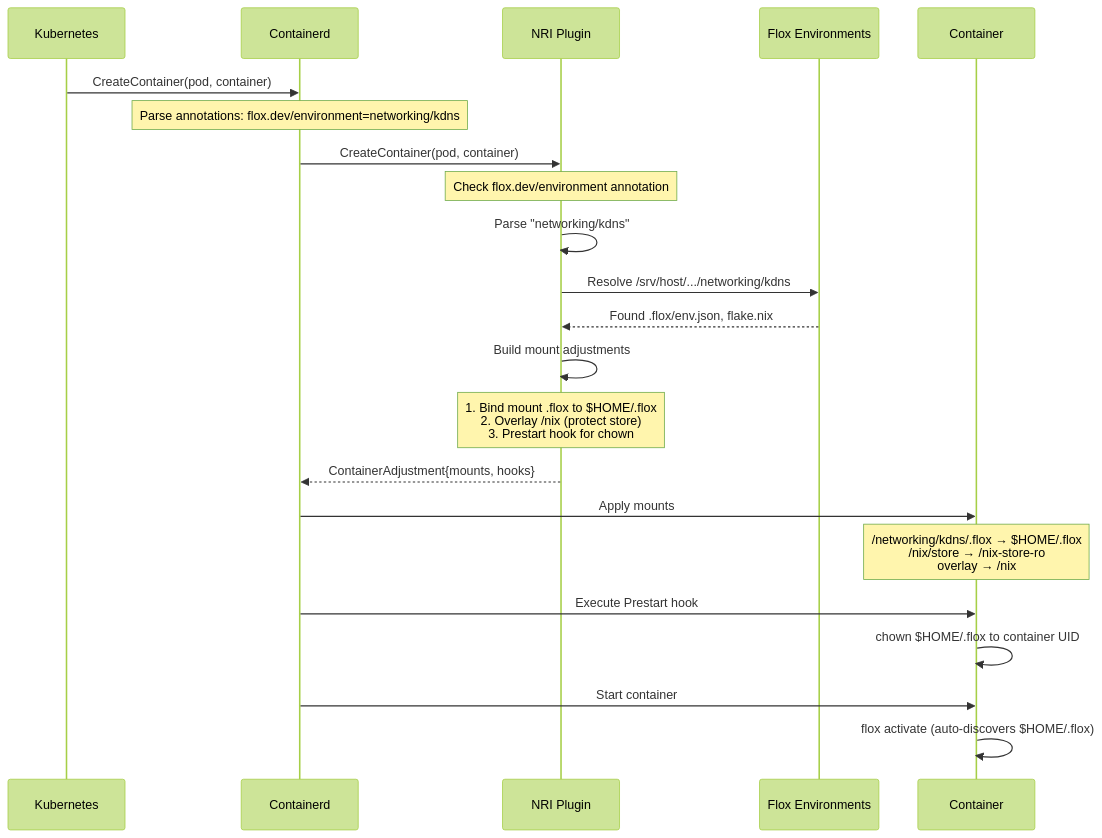
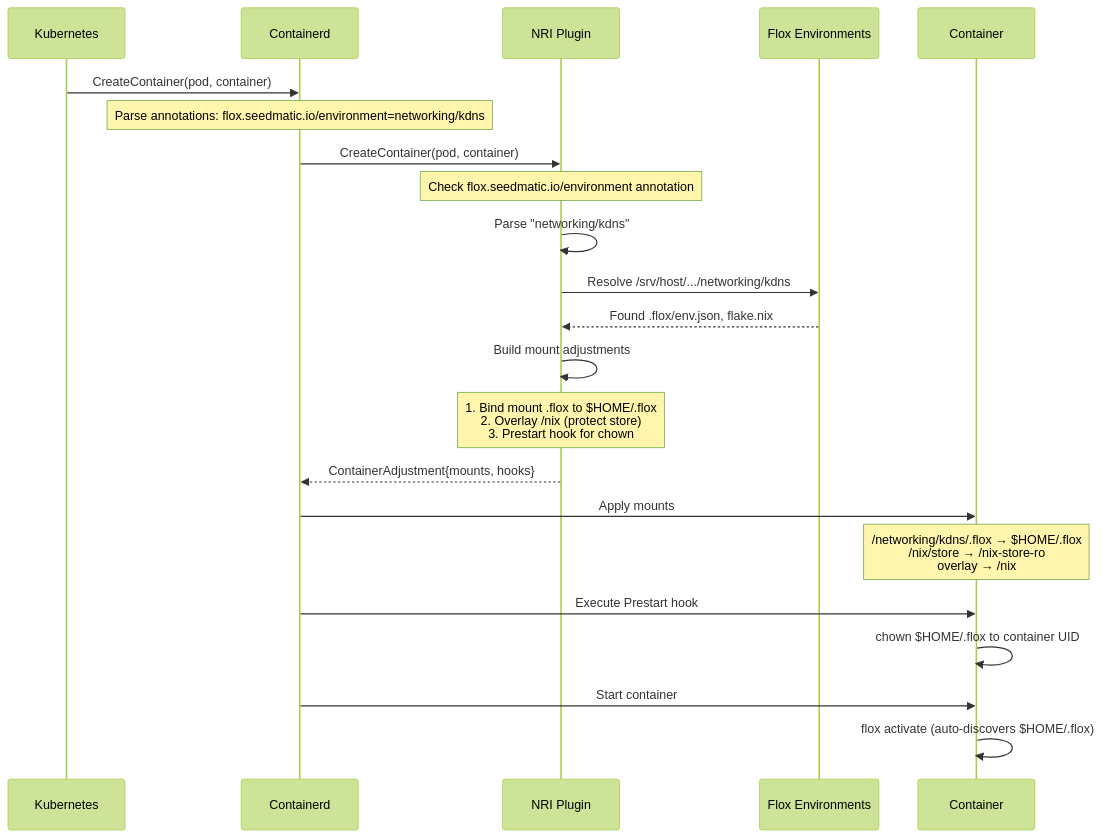
Before and after one commit to nxmatic/rke2lab: the seventh of 8 diagrams in docs/architecture/nri-plugin-c4-diagrams.adoc, drawn with Mermaid (forest theme). The commit also changed other lines of this file and 2 other files, not shown here.

First line of the commit message:
docs(flox): migrate the pod annotation to flox.seedmatic.io/*

```diff
--- a/docs/architecture/nri-plugin-c4-diagrams.adoc
+++ b/docs/architecture/nri-plugin-c4-diagrams.adoc
@@ -308,33 +308,33 @@
 [mermaid]
 ....
 sequenceDiagram
     participant K8s as Kubernetes
     participant Containerd as Containerd
     participant NRI as NRI Plugin
     participant FS as Flox Environments
     participant Container as Container
 
     K8s->>Containerd: CreateContainer(pod, container)
-    Note over Containerd: Parse annotations: flox.dev/environment=networking/kdns
+    Note over Containerd: Parse annotations: flox.seedmatic.io/environment=networking/kdns
 
     Containerd->>NRI: CreateContainer(pod, container)
 
-    Note over NRI: Check flox.dev/environment annotation
+    Note over NRI: Check flox.seedmatic.io/environment annotation
     NRI->>NRI: Parse "networking/kdns"
     NRI->>FS: Resolve /srv/host/.../networking/kdns
     FS-->>NRI: Found .flox/env.json, flake.nix
 
     NRI->>NRI: Build mount adjustments
     Note over NRI: 1. Bind mount .flox to $HOME/.flox<br/>2. Overlay /nix (protect store)<br/>3. Prestart hook for chown
 
     NRI-->>Containerd: ContainerAdjustment{mounts, hooks}
 
     Containerd->>Container: Apply mounts
     Note over Container: /networking/kdns/.flox → $HOME/.flox<br/>/nix/store → /nix-store-ro<br/>overlay → /nix
 
     Containerd->>Container: Execute Prestart hook
     Container->>Container: chown $HOME/.flox to container UID
 
     Containerd->>Container: Start container
     Container->>Container: flox activate (auto-discovers $HOME/.flox)
 ....
```
